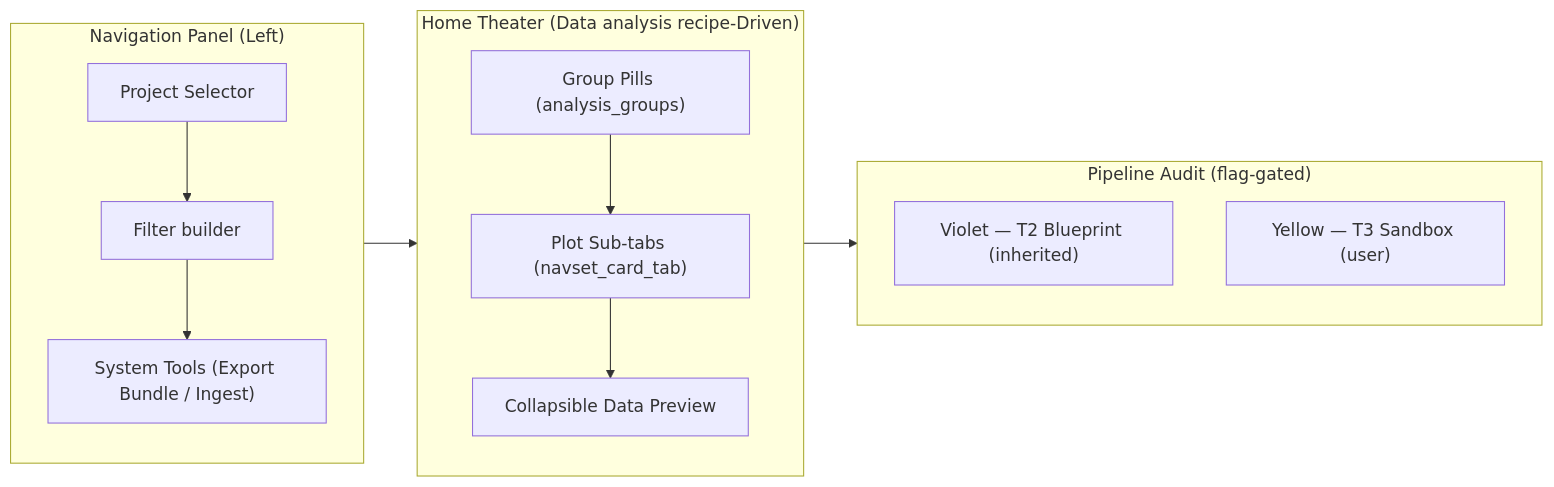
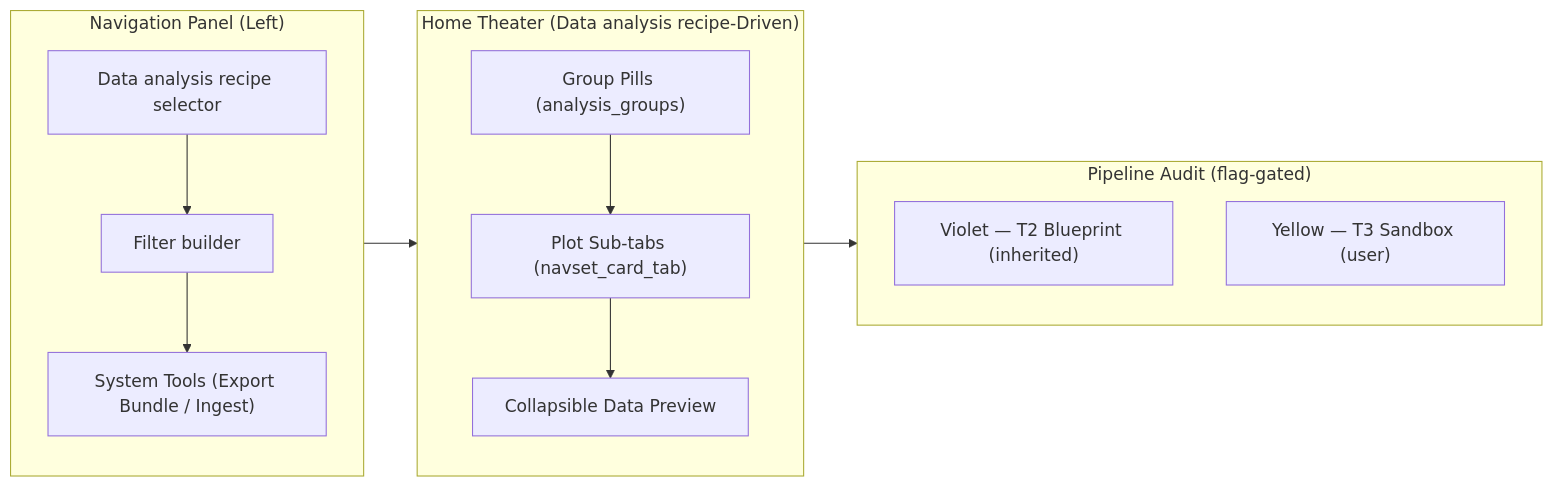
Before and after one commit to evezeyl/SPARMVET_VIZ: the diagram in docs/workflows/dashboard_app.qmd, drawn with Mermaid. The commit also changed other lines of this file and 115 other files, not shown here.

First line of the commit message:
refactor(config): remove the word project for the data analysis recipe

````diff
--- a/docs/workflows/dashboard_app.qmd
+++ b/docs/workflows/dashboard_app.qmd
@@ -28,23 +28,23 @@
 ```{mermaid}
 graph LR
     subgraph Left_Sidebar ["Navigation Panel (Left)"]
         direction TB
-        A["Project Selector"] --> B["Filter builder"]
+        A["Data analysis recipe selector"] --> B["Filter builder"]
         B --> C["System Tools (Export Bundle / Ingest)"]
     end
 
     subgraph Central_Theater ["Home Theater (Data analysis recipe-Driven)"]
         direction TB
         D["Group Pills (analysis_groups)"] --> E["Plot Sub-tabs (navset_card_tab)"]
         E --> F["Collapsible Data Preview"]
     end
 
     subgraph Right_Sidebar ["Pipeline Audit (flag-gated)"]
         direction TB
         H["Violet — T2 Blueprint (inherited)"]
         I["Yellow — T3 Sandbox (user)"]
     end
 
     Left_Sidebar --> Central_Theater
     Central_Theater --> Right_Sidebar
 ```
````
